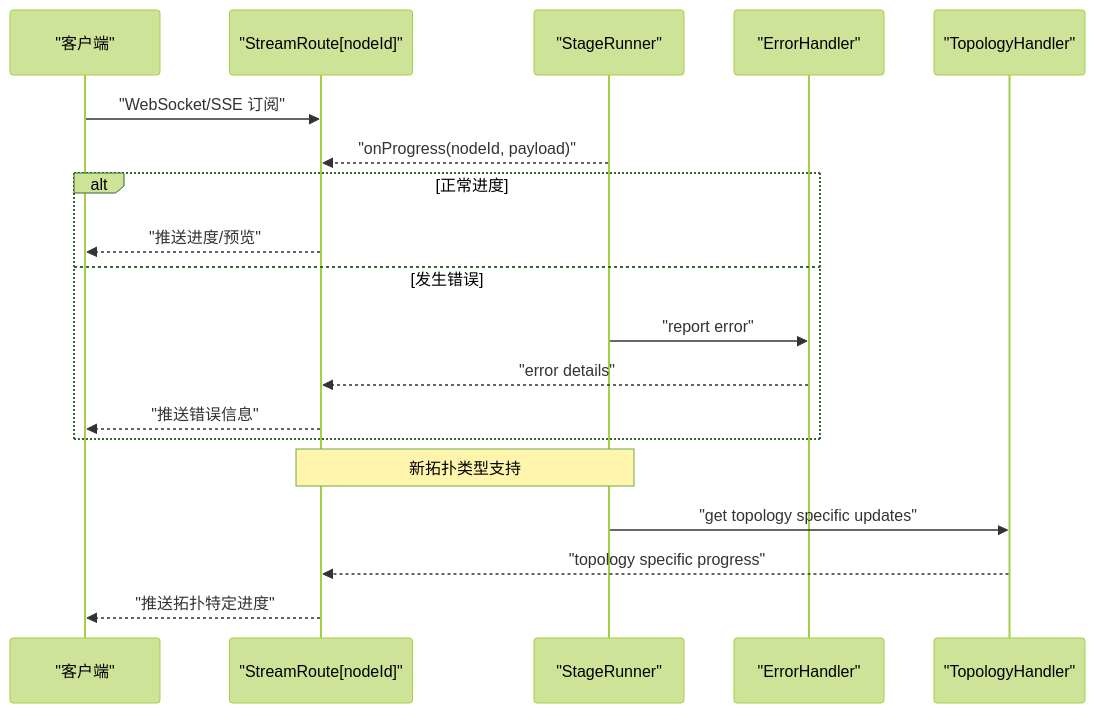
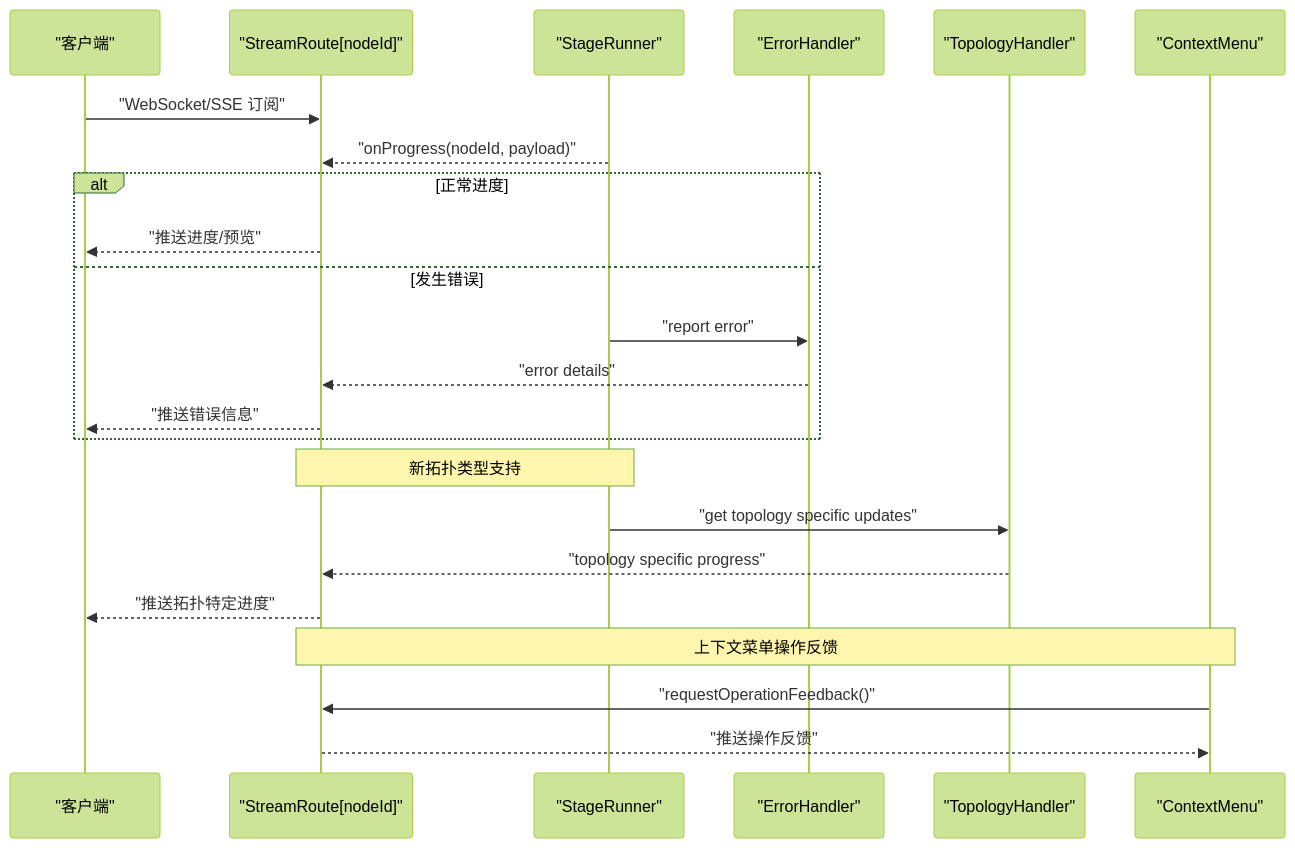
Diagram 13 of 19 in .qoder/repowiki/zh/content/画布编辑器/画布编辑器.md (scottcwy/PurpleInk), drawn with Mermaid (forest theme) before and after one commit. The commit also changed other lines of this file and 23 other files, not shown here.

````diff
--- a/.qoder/repowiki/zh/content/画布编辑器/画布编辑器.md
+++ b/.qoder/repowiki/zh/content/画布编辑器/画布编辑器.md
@@ -600,21 +752,25 @@
 ```mermaid
 sequenceDiagram
 participant Client as "客户端"
 participant Stream as "StreamRoute[nodeId]"
 participant Runner as "StageRunner"
 participant ErrorHandler as "ErrorHandler"
 participant TopologyHandler as "TopologyHandler"
+participant ContextMenu as "ContextMenu"
 Client->>Stream : "WebSocket/SSE 订阅"
 Runner-->>Stream : "onProgress(nodeId, payload)"
 alt 正常进度
 Stream-->>Client : "推送进度/预览"
 else 发生错误
 Runner->>ErrorHandler : "report error"
 ErrorHandler-->>Stream : "error details"
 Stream-->>Client : "推送错误信息"
 end
 Note over Runner,Stream : 新拓扑类型支持
 Runner->>TopologyHandler : "get topology specific updates"
 TopologyHandler-->>Stream : "topology specific progress"
 Stream-->>Client : "推送拓扑特定进度"
+Note over Stream,ContextMenu : 上下文菜单操作反馈
+ContextMenu->>Stream : "requestOperationFeedback()"
+Stream-->>ContextMenu : "推送操作反馈"
 ```
````
